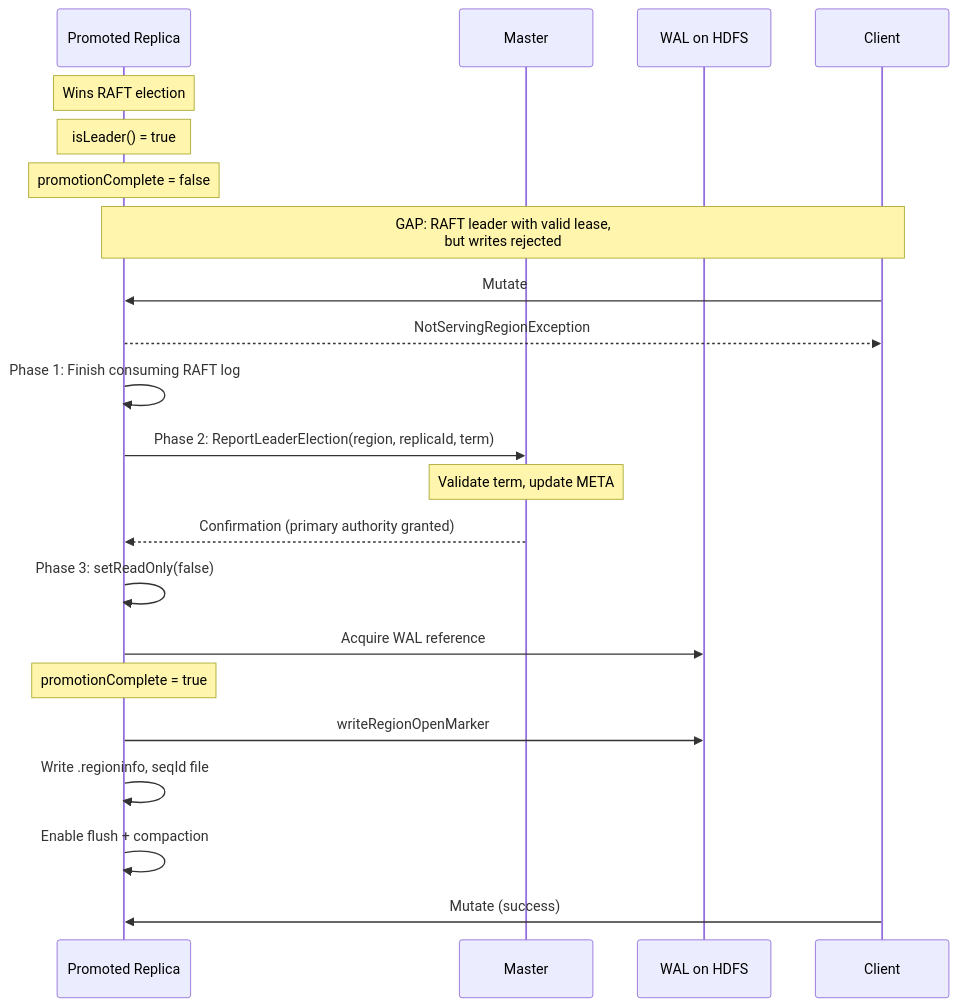
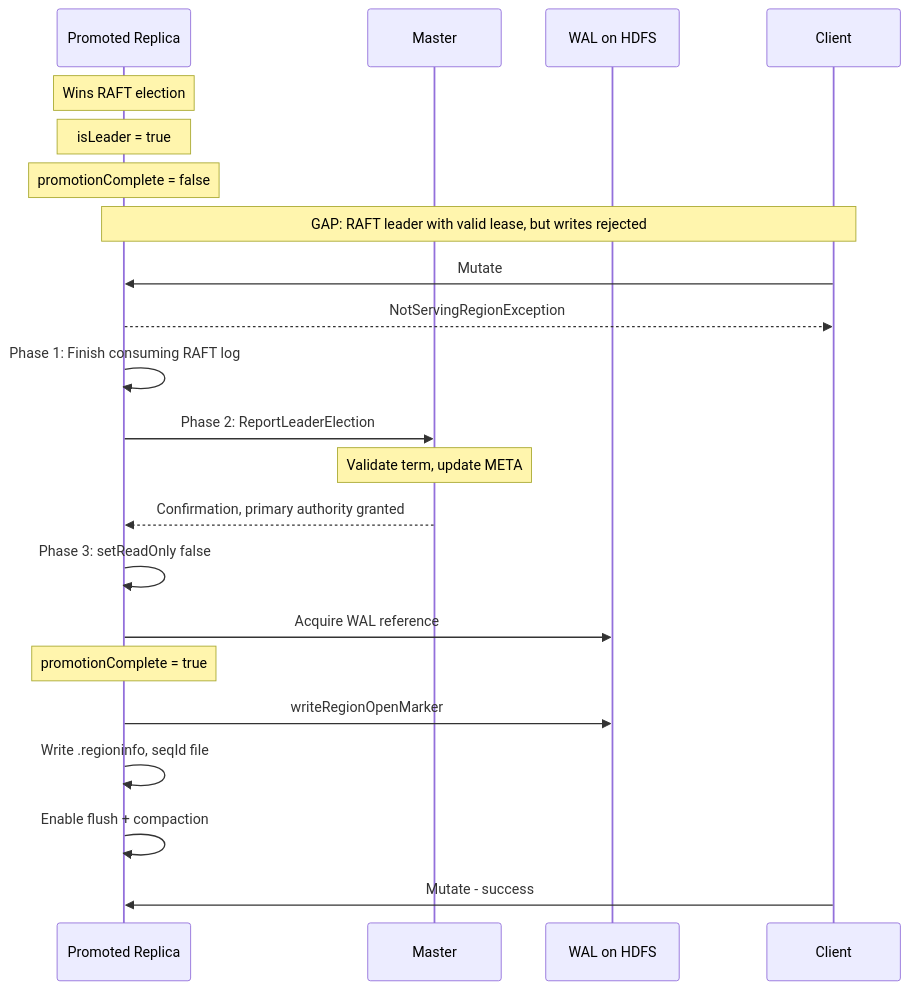
Diagram 13 of 16 in RAFT_REGION_REPLICAS.md (apurtell/hbase), drawn with Mermaid before and after one commit. The commit also changed other lines of this file and 6 other files, not shown here.

Commit message:
TLA+ RaftRegionReplica: WIP (remove hibernation)

````diff
--- a/RAFT_REGION_REPLICAS.md
+++ b/RAFT_REGION_REPLICAS.md
@@ -933,33 +922,33 @@
 ```mermaid
 sequenceDiagram
     participant R as Promoted Replica
     participant M as Master
     participant WAL as WAL on HDFS
     participant C as Client
 
     Note over R: Wins RAFT election
-    Note over R: isLeader() = true
+    Note over R: isLeader = true
     Note over R: promotionComplete = false
 
-    Note over R,C: GAP: RAFT leader with valid lease,<br/>but writes rejected
+    Note over R,C: GAP: RAFT leader with valid lease, but writes rejected
 
     C->>R: Mutate
     R-->>C: NotServingRegionException
 
     R->>R: Phase 1: Finish consuming RAFT log
 
-    R->>M: Phase 2: ReportLeaderElection(region, replicaId, term)
+    R->>M: Phase 2: ReportLeaderElection
     Note over M: Validate term, update META
-    M-->>R: Confirmation (primary authority granted)
+    M-->>R: Confirmation, primary authority granted
 
-    R->>R: Phase 3: setReadOnly(false)
+    R->>R: Phase 3: setReadOnly false
     R->>WAL: Acquire WAL reference
 
     Note over R: promotionComplete = true
 
     R->>WAL: writeRegionOpenMarker
     R->>R: Write .regioninfo, seqId file
     R->>R: Enable flush + compaction
 
-    C->>R: Mutate (success)
+    C->>R: Mutate - success
 ```
````
